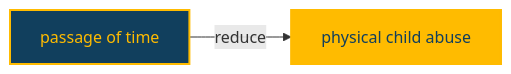
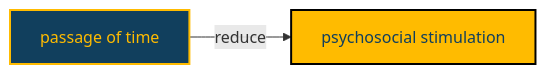
Before and after one commit to agrogan1/research: the diagram in MICSPLUS/diagram.md, drawn with Mermaid.

````diff
--- a/MICSPLUS/diagram.md
+++ b/MICSPLUS/diagram.md
@@ -1,20 +1,20 @@
 ```mermaid
 
 flowchart LR
 
   classDef yellow fill:#FFC20E,stroke:#000000,stroke-width:2px,color:#000000;
   
   classDef cyan fill:#1CABE2,stroke:#000000,stroke-width:2px,color:#FFFFFF;
   
   classDef red fill:#E2231A,stroke:#000000,stroke-width:2px,color:#FFFFFF;
   
   classDef orange fill:#F26A21,stroke:#000000,stroke-width:2px,color:#FFFFFF;
 
   classDef tidal fill:#113f5d,color:#FFBB00,stroke:#FFBB00,stroke-width:2px
 
-  classDef tidal2 fill:#FFBB00,color:#113f5d,stroke:#FFBB00,stroke-width:2px
+  classDef tidal2 fill:#FFBB00,color:#113f5d,stroke:#000000,stroke-width:2px
   
-  time[passage of time]:::tidal --> |"reduce"| pabuse[physical child abuse]:::tidal2
+  time[passage of time]:::tidal --> |"reduce"| psychosocial[psychosocial stimulation]:::tidal2
 
 
 ```
````
